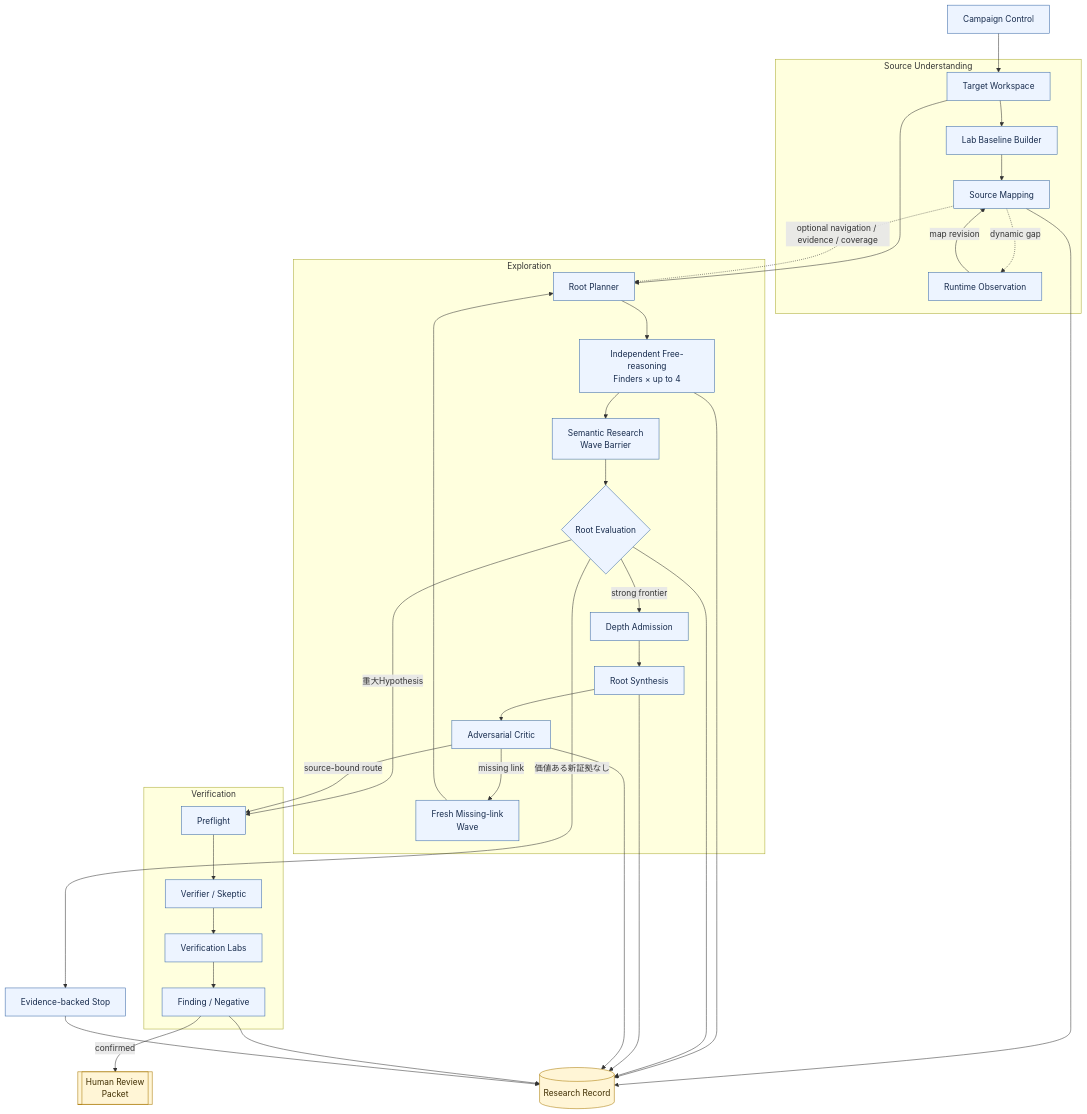
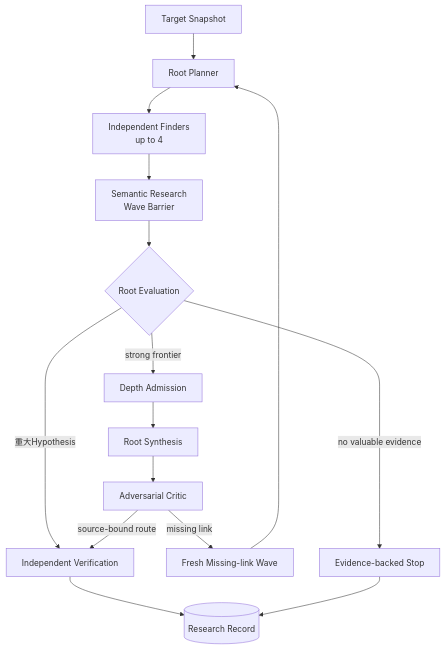
One commit to momoponwork1415-lgtm/wordpress-harness changed the second of 3 diagrams in docs/design/architecture/architecture-overview.md. Above: the diagram before and after it, drawn with Mermaid. The commit also changed other lines of this file and 34 other files, not shown here.

````diff
--- a/docs/design/architecture/architecture-overview.md
+++ b/docs/design/architecture/architecture-overview.md
@@ -53,62 +29,22 @@
 ```mermaid
 flowchart TB
-    campaign["Campaign Control"]
-
-    subgraph understanding["Source Understanding"]
-        workspace["Target Workspace"]
-        baseline["Lab Baseline Builder"]
-        mapping["Source Mapping"]
-        observation["Runtime Observation"]
-        workspace --> baseline --> mapping
-        mapping -. "dynamic gap" .-> observation
-        observation -->|"map revision"| mapping
-    end
-
-    subgraph discovery["Exploration"]
-        planner["Root Planner"]
-        finders["Independent Free-reasoning<br/>Finders × up to 4"]
-        barrier["Semantic Research<br/>Wave Barrier"]
-        evaluate{"Root Evaluation"}
-        admission["Depth Admission"]
-        synthesis["Root Synthesis"]
-        critic["Adversarial Critic"]
-        missing["Fresh Missing-link<br/>Wave"]
-
-        planner --> finders --> barrier --> evaluate
-        evaluate -->|"strong frontier"| admission --> synthesis --> critic
-        critic -->|"missing link"| missing --> planner
-    end
-
-    subgraph proof["Verification"]
-        preflight["Preflight"]
-        verifier["Verifier / Skeptic"]
-        labs["Verification Labs"]
-        finding["Finding / Negative"]
-        preflight --> verifier --> labs --> finding
-    end
-
+    target["Target Snapshot"]
+    planner["Root Planner"]
+    finders["Independent Finders<br/>up to 4"]
+    barrier["Semantic Research<br/>Wave Barrier"]
+    evaluate{"Root Evaluation"}
+    verify["Independent Verification"]
+    depth["Depth Admission"]
+    synthesis["Root Synthesis"]
+    critic["Adversarial Critic"]
+    missing["Fresh Missing-link Wave"]
     stop["Evidence-backed Stop"]
     record[("Research Record")]
-    review[["Human Review<br/>Packet"]]
 
-    campaign --> workspace
-    workspace --> planner
-    mapping -. "optional navigation / evidence / coverage" .-> planner
-    evaluate -->|"重大Hypothesis"| preflight
-    evaluate -->|"価値ある新証拠なし"| stop
-    critic -->|"source-bound route"| preflight
-
-    mapping --> record
-    finders --> record
-    evaluate --> record
-    synthesis --> record
-    critic --> record
-    finding --> record
-    stop --> record
-    finding -->|"confirmed"| review
-
-    classDef context fill:#edf4ff,stroke:#3767a6,color:#172b4d;
-    classDef durable fill:#fff5d6,stroke:#a87800,color:#3f2d00;
-    class campaign,workspace,baseline,mapping,observation,planner,finders,barrier,evaluate,admission,synthesis,critic,missing,preflight,verifier,labs,finding,stop context;
-    class record,review durable;
+    target --> planner --> finders --> barrier --> evaluate
+    evaluate -->|"重大Hypothesis"| verify --> record
+    evaluate -->|"strong frontier"| depth --> synthesis --> critic
+    critic -->|"missing link"| missing --> planner
+    critic -->|"source-bound route"| verify
+    evaluate -->|"no valuable evidence"| stop --> record
 ```
````
